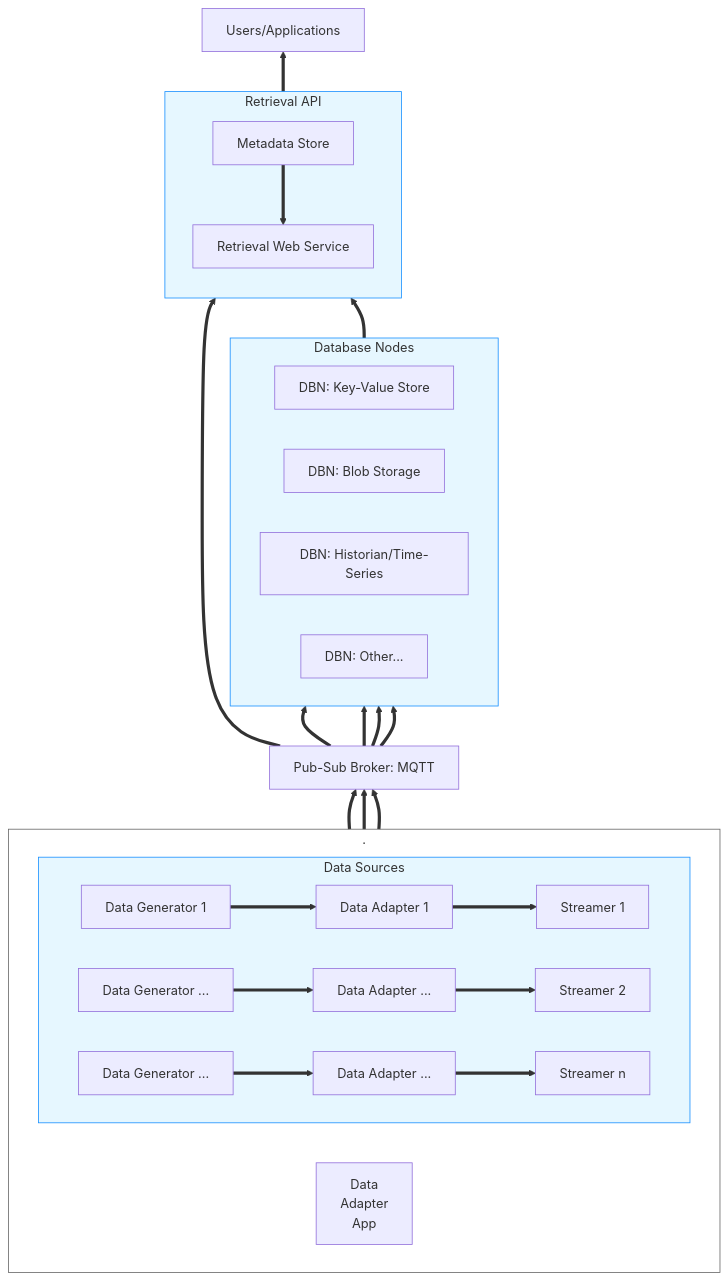
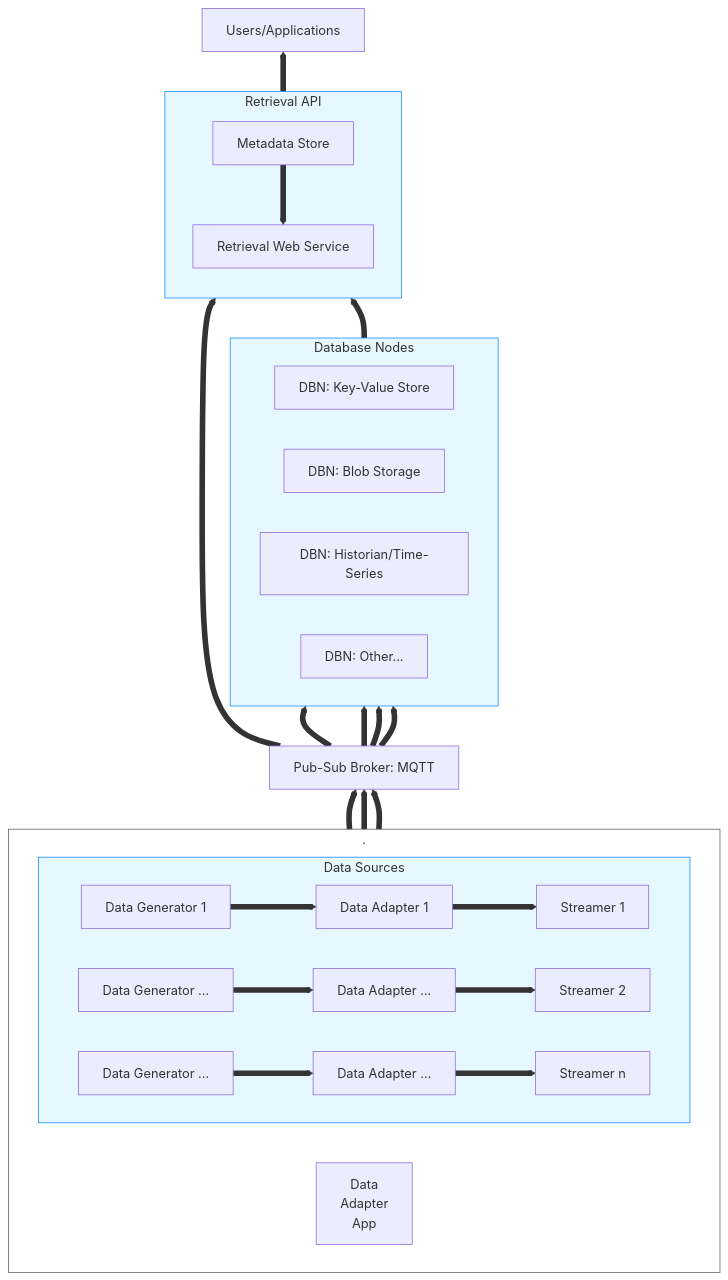
Before and after one commit to cmu-mfi/ddb: the diagram in doc/pages/concepts/architecture.md, drawn with Mermaid.

Commit message:
Adjust link style stroke width in architecture diagram
Increased the stroke width of the default link style in the architecture diagram for better visibility.

````diff
--- a/doc/pages/concepts/architecture.md
+++ b/doc/pages/concepts/architecture.md
@@ -7,50 +7,50 @@
 ```{mermaid}
 flowchart BT
     subgraph Input["."]
         direction LR
 
         DAA[Data</br>Adapter</br>App</br>]
 
         subgraph Data_Sources["Data Sources"]
             direction LR
             DS1[Data Generator 1] --> DA1[Data Adapter 1]
             DA1 --> S1[Streamer 1]
             DS2[Data Generator ...] --> DA2[Data Adapter ...]
             DA2 --> S2[Streamer 2]
             DSn[Data Generator ...] --> DAn[Data Adapter ...]
             DAn --> Sn[Streamer n]
         end
     end
 
     MQTT[Pub-Sub Broker: MQTT]
 
     subgraph DBN["Database Nodes"]
         direction LR
         KV[DBN: Key-Value Store]
         BLOB[DBN: Blob Storage]
         HISTORIAN[DBN: Historian/Time-Series]
         DBNx[DBN: Other...]
     end
 
     subgraph Retrieval["Retrieval API"]
         direction TB
         MDS[Metadata Store] --> RWS[Retrieval Web Service]
     end
 
     S1 --> MQTT
     S2 --> MQTT
     Sn --> MQTT
     MQTT --> KV
     MQTT --> BLOB
     MQTT --> HISTORIAN
     MQTT --> DBNx
     MQTT --> MDS
     DBN --> RWS
     RWS --> USERS[Users/Applications]
 
     classDef layer fill:#e6f7ff,stroke:#1890ff
     classDef highlight fill:#094d57,stroke:#0a3d4d
     class Data_Sources,DBN,Retrieval layer
     style Input fill:transparent,stroke:#666
-    linkStyle default stroke-width:4px
+    linkStyle default stroke-width:7px
 ```
````
